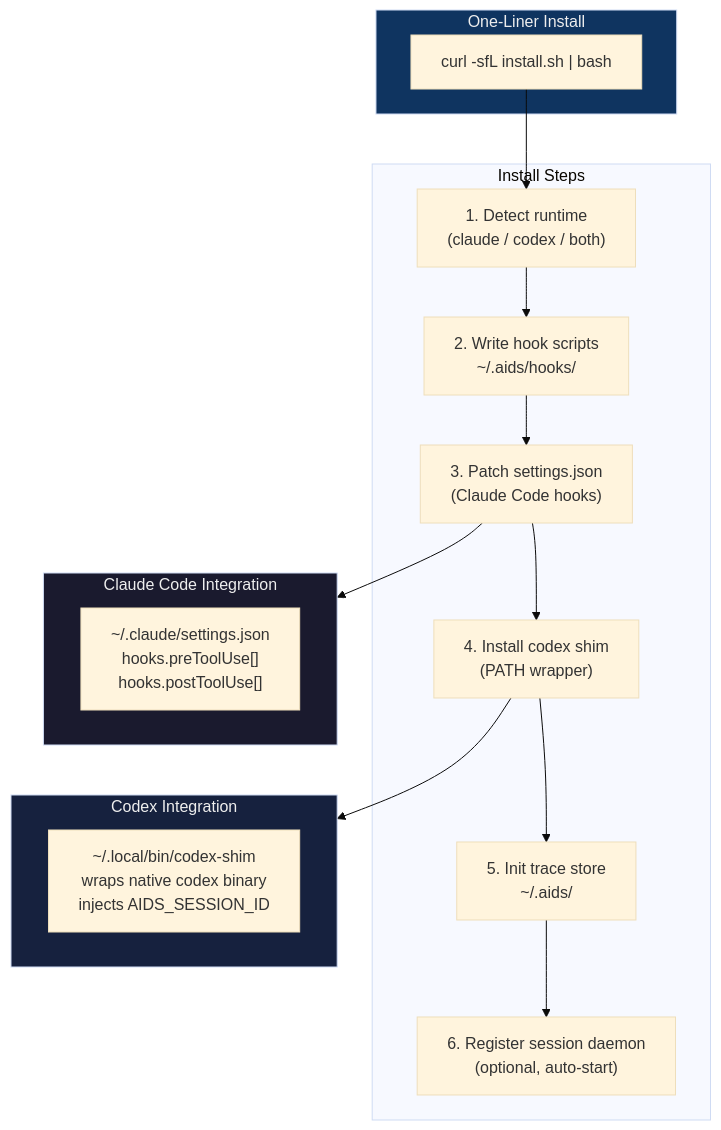
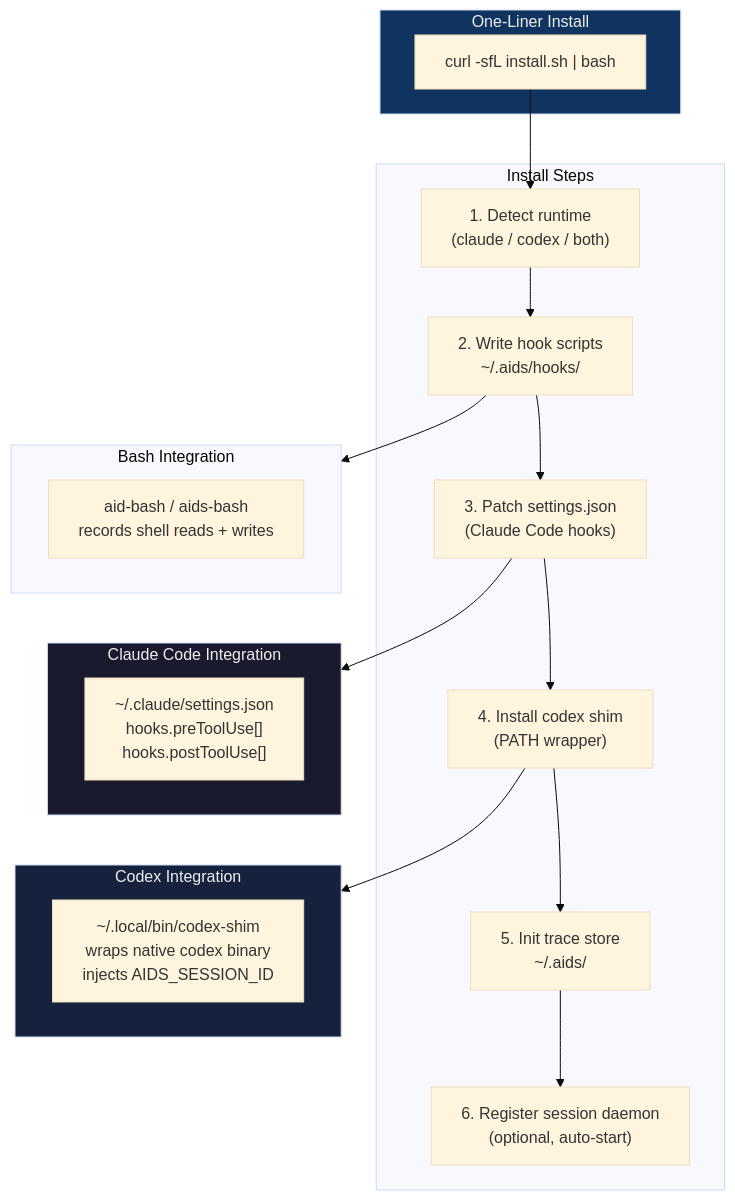
Before and after one commit to Shiyao-Huang/aids-tools: the fifth of 6 diagrams in docs/architecture.md, drawn with Mermaid (base theme). The commit also changed other lines of this file, not shown here.

Commit message:
docs: apply Legion7 architecture update

````diff
--- a/docs/architecture.md
+++ b/docs/architecture.md
@@ -163,31 +182,36 @@
 ```mermaid
 graph TB
     subgraph Install["One-Liner Install"]
         CURL["curl -sfL install.sh | bash"]
     end
 
     subgraph Steps["Install Steps"]
         S1["1. Detect runtime\n(claude / codex / both)"]
         S2["2. Write hook scripts\n~/.aids/hooks/"]
         S3["3. Patch settings.json\n(Claude Code hooks)"]
         S4["4. Install codex shim\n(PATH wrapper)"]
         S5["5. Init trace store\n~/.aids/"]
         S6["6. Register session daemon\n(optional, auto-start)"]
     end
 
     subgraph ClaudeHook["Claude Code Integration"]
         CHS["~/.claude/settings.json\nhooks.preToolUse[]\nhooks.postToolUse[]"]
     end
 
     subgraph CodexShim["Codex Integration"]
         CSH["~/.local/bin/codex-shim\nwraps native codex binary\ninjects AIDS_SESSION_ID"]
     end
 
+    subgraph BashWrap["Bash Integration"]
+        BW["aid-bash / aids-bash\nrecords shell reads + writes"]
+    end
+
     CURL --> S1 --> S2 --> S3 --> S4 --> S5 --> S6
     S3 --> ClaudeHook
     S4 --> CodexShim
+    S2 --> BashWrap
 
     style Install fill:#0f3460,color:#eee
     style ClaudeHook fill:#1a1a2e,color:#eee
     style CodexShim fill:#16213e,color:#eee
 ```
````
